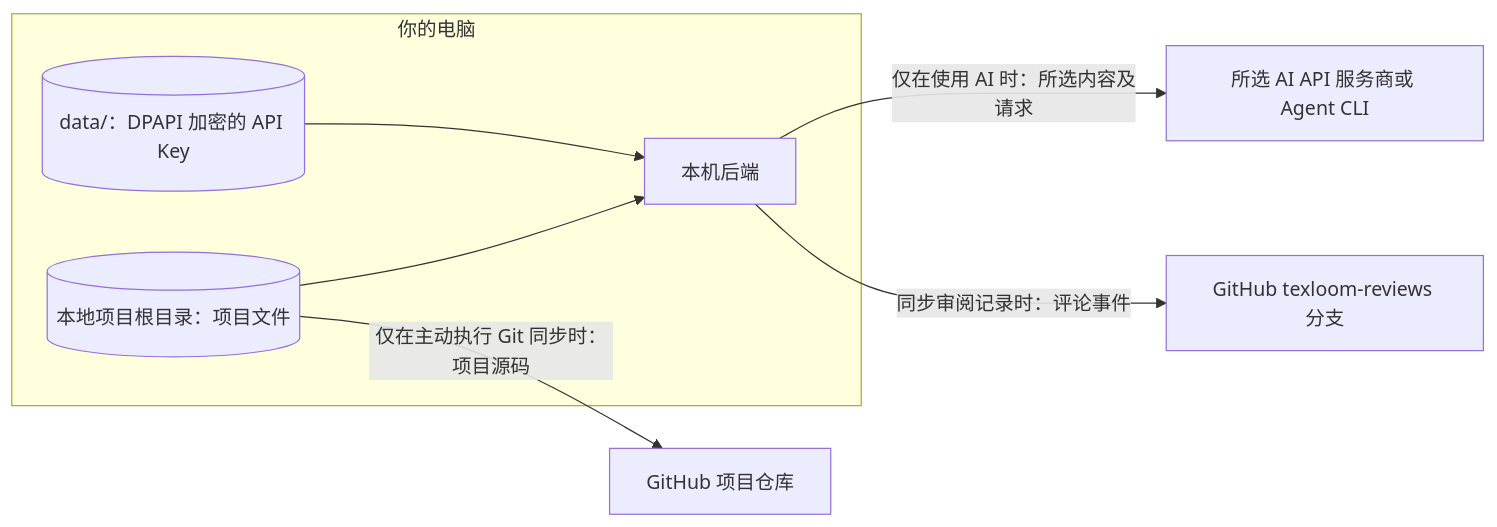
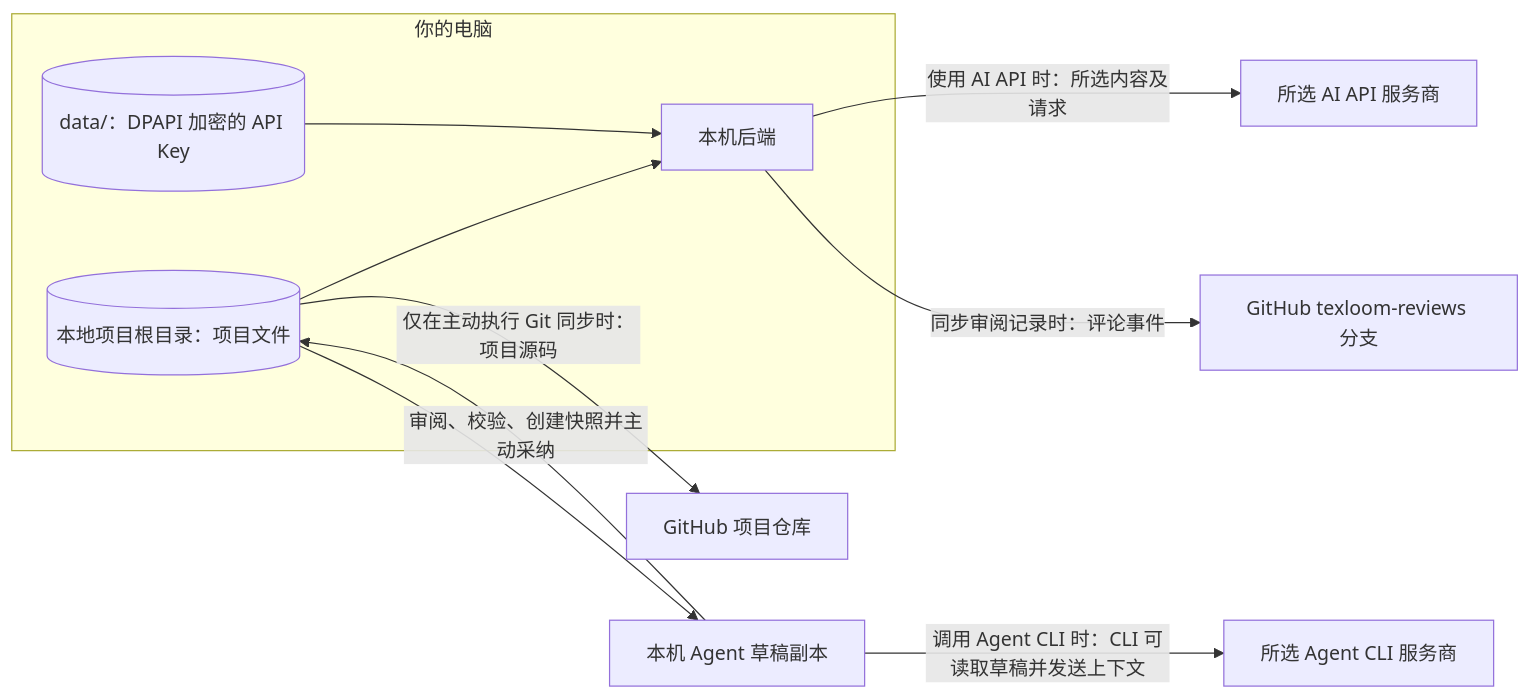
The second of 2 diagrams in README.md (StuBoo3i/TeXloom), drawn with Mermaid before and after one commit. The commit also changed other lines of this file and 26 other files, not shown here.

````diff
--- a/README.md
+++ b/README.md
@@ -108,13 +125,16 @@
 ```mermaid
 flowchart LR
     subgraph PC["你的电脑"]
       P[("本地项目根目录：项目文件")]
       K[("data/：DPAPI 加密的 API Key")]
       A["本机后端"]
       P --> A
       K --> A
     end
-    A -->|"仅在使用 AI 时：所选内容及请求"| D["所选 AI API 服务商或 Agent CLI"]
+    A -->|"使用 AI API 时：所选内容及请求"| D["所选 AI API 服务商"]
+    P --> W["本机 Agent 草稿副本"]
+    W -->|"调用 Agent CLI 时：CLI 可读取草稿并发送上下文"| C["所选 Agent CLI 服务商"]
+    W -->|"审阅、校验、创建快照并主动采纳"| P
     P -->|"仅在主动执行 Git 同步时：项目源码"| G["GitHub 项目仓库"]
     A -->|"同步审阅记录时：评论事件"| R["GitHub texloom-reviews 分支"]
 ```
````
